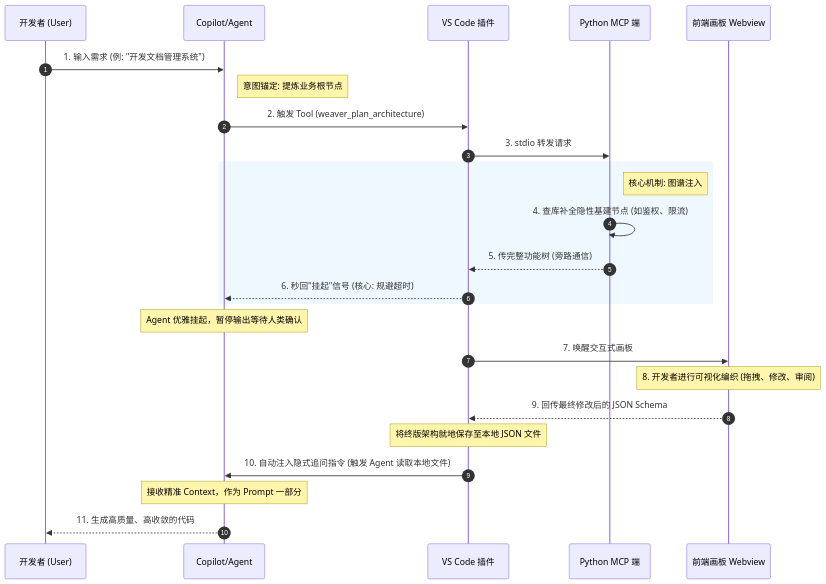
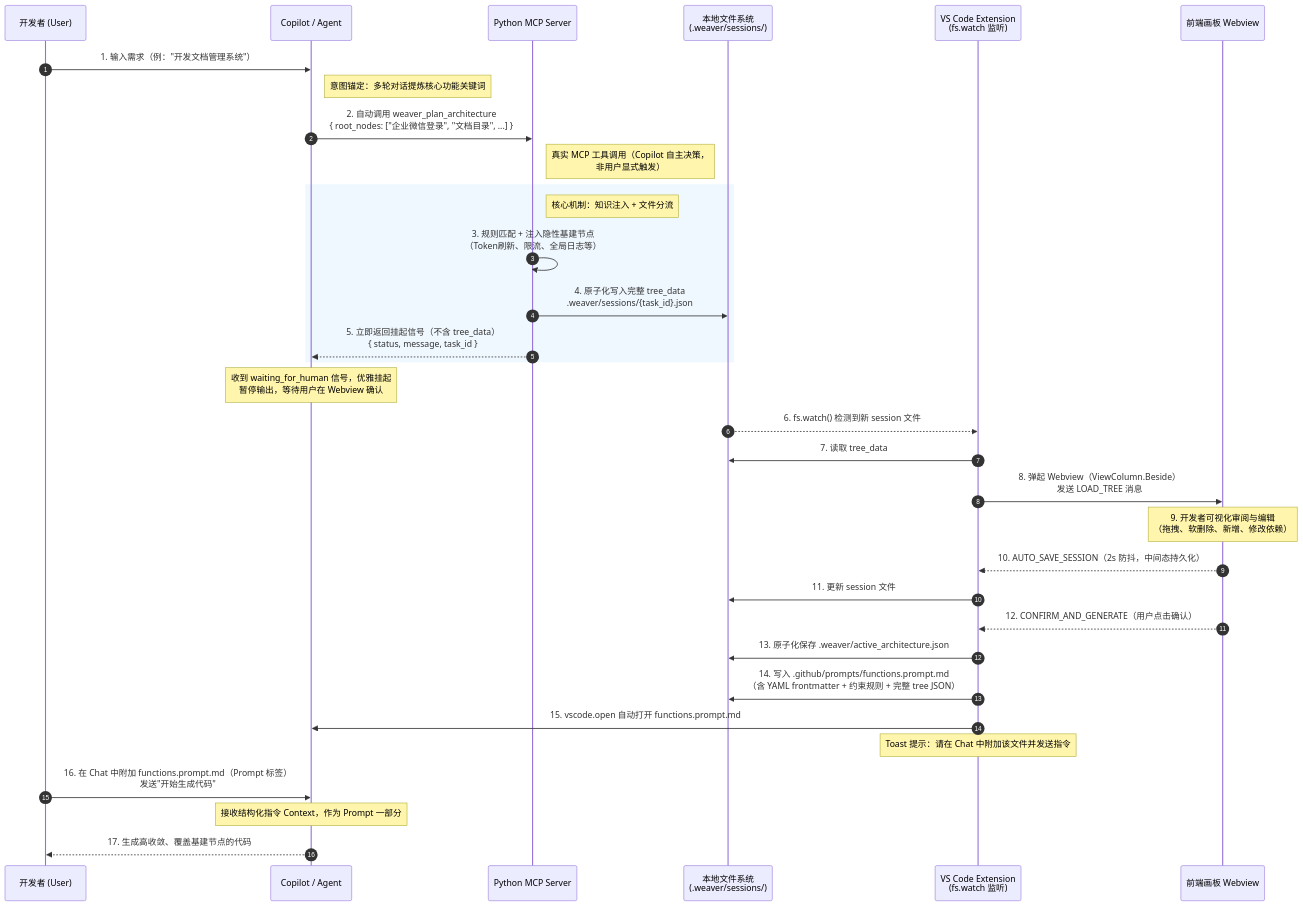
One commit to wuzhi456/fw changed the diagram in docs/sequenceDiagram.md. Above: the diagram before and after it, drawn with Mermaid. The commit also changed other lines of this file and 6 other files, not shown here.

````diff
--- a/docs/sequenceDiagram.md
+++ b/docs/sequenceDiagram.md
@@ -1,33 +9,43 @@
-```Mermaid
+```mermaid
 sequenceDiagram
     autonumber
     participant User as 开发者 (User)
-    participant Agent as Copilot/Agent
-    participant Ext as VS Code 插件
-    participant MCP as Python MCP 端
+    participant Agent as Copilot / Agent
+    participant MCP as Python MCP Server
+    participant FS as 本地文件系统<br/>(.weaver/sessions/)
+    participant Ext as VS Code Extension<br/>(fs.watch 监听)
     participant Webview as 前端画板 Webview
 
-    User->>Agent: 1. 输入需求 (例: "开发文档管理系统")
-    Note right of Agent: 意图锚定: 提炼业务根节点
-    Agent->>Ext: 2. 触发 Tool (weaver_plan_architecture)
-    Ext->>MCP: 3. stdio 转发请求
-    
+    User->>Agent: 1. 输入需求（例："开发文档管理系统"）
+    Note right of Agent: 意图锚定：多轮对话提炼核心功能关键词
+
+    Agent->>MCP: 2. 自动调用 weaver_plan_architecture<br/>{ root_nodes: ["企业微信登录", "文档目录", ...] }
+    Note right of MCP: 真实 MCP 工具调用（Copilot 自主决策，<br/>非用户显式触发）
+
     rect rgb(240, 248, 255)
-        Note right of MCP: 核心机制: 图谱注入
-        MCP->>MCP: 4. 查库补全隐性基建节点 (如鉴权、限流)
-        MCP-->>Ext: 5. 传完整功能树 (旁路通信)
-        Ext-->>Agent: 6. 秒回"挂起"信号 (核心: 规避超时)
+        Note right of MCP: 核心机制：知识注入 + 文件分流
+        MCP->>MCP: 3. 规则匹配 + 注入隐性基建节点<br/>（Token刷新、限流、全局日志等）
+        MCP->>FS: 4. 原子化写入完整 tree_data<br/>.weaver/sessions/{task_id}.json
+        MCP-->>Agent: 5. 立即返回挂起信号（不含 tree_data）<br/>{ status, message, task_id }
     end
-    
-    Note over Agent: Agent 优雅挂起，暂停输出等待人类确认
-    
-    Ext->>Webview: 7. 唤醒交互式画板
-    Note over Webview: 8. 开发者进行可视化编织 (拖拽、修改、审阅)
-    Webview-->>Ext: 9. 回传最终修改后的 JSON Schema 
-    
-    Note over Ext: 将终版架构就地保存至本地 JSON 文件
-    Ext->>Agent: 10. 自动注入隐式追问指令 (触发 Agent 读取本地文件)
-    
-    Note over Agent: 接收精准 Context，作为 Prompt 一部分
-    Agent-->>User: 11. 生成高质量、高收敛的代码
+
+    Note over Agent: 收到 waiting_for_human 信号，优雅挂起<br/>暂停输出，等待用户在 Webview 确认
+
+    FS-->>Ext: 6. fs.watch() 检测到新 session 文件
+    Ext->>FS: 7. 读取 tree_data
+    Ext->>Webview: 8. 弹起 Webview（ViewColumn.Beside）<br/>发送 LOAD_TREE 消息
+
+    Note over Webview: 9. 开发者可视化审阅与编辑<br/>（拖拽、软删除、新增、修改依赖）
+    Webview-->>Ext: 10. AUTO_SAVE_SESSION（2s 防抖，中间态持久化）
+    Ext->>FS: 11. 更新 session 文件
+
+    Webview-->>Ext: 12. CONFIRM_AND_GENERATE（用户点击确认）
+    Ext->>FS: 13. 原子化保存 .weaver/active_architecture.json
+    Ext->>FS: 14. 写入 .github/prompts/functions.prompt.md<br/>（含 YAML frontmatter + 约束规则 + 完整 tree JSON）
+    Ext->>Agent: 15. vscode.open 自动打开 functions.prompt.md
+    Note over Ext: Toast 提示：请在 Chat 中附加该文件并发送指令
+
+    User->>Agent: 16. 在 Chat 中附加 functions.prompt.md（Prompt 标签）<br/>发送"开始生成代码"
+    Note over Agent: 接收结构化指令 Context，作为 Prompt 一部分
+    Agent-->>User: 17. 生成高收敛、覆盖基建节点的代码
 ```
````
